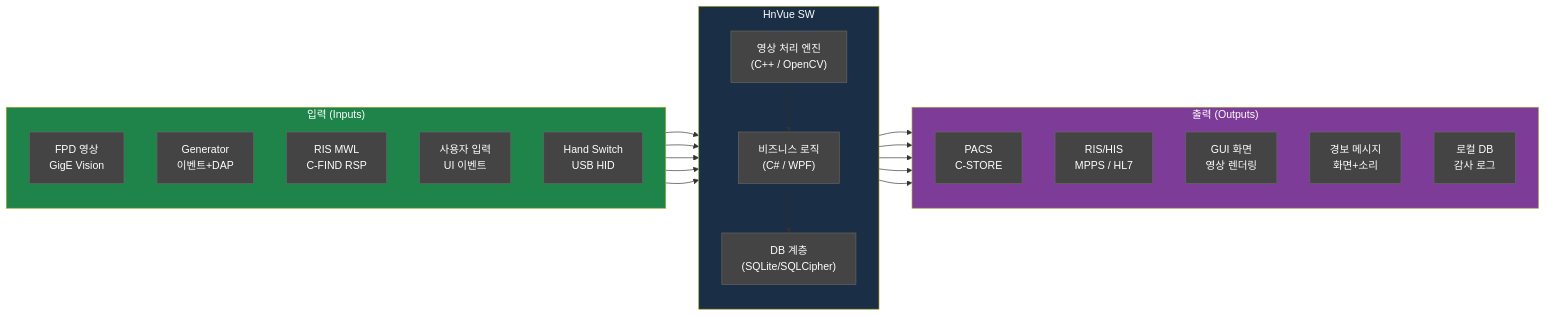
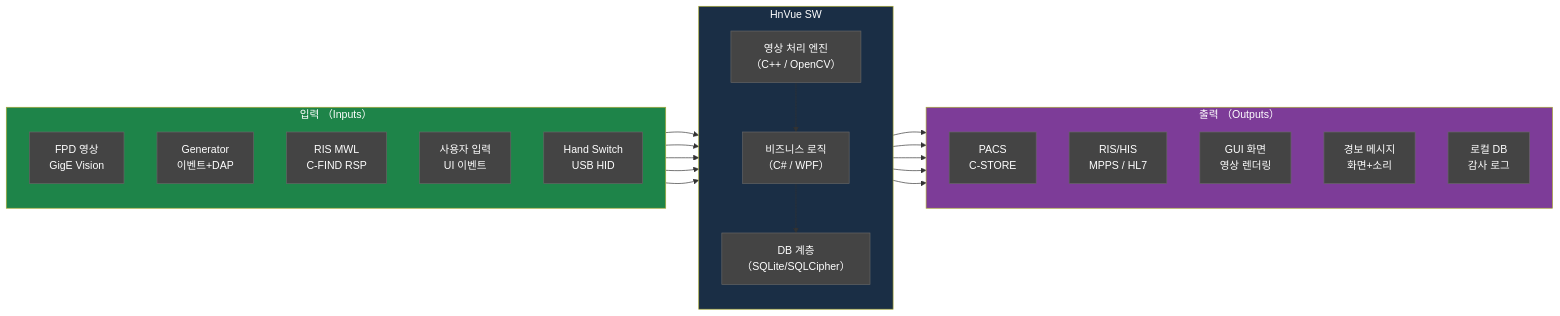
The third of 6 diagrams in docs/planning/DOC-005_SRS_v2.0.md (holee9/console-gui), drawn with Mermaid before and after one commit. The commit also changed other lines of this file and 22 other files, not shown here.

First line of the commit message:
fix: Mermaid flowchart 노드 내 괄호 파싱 오류 전면 수정

````diff
--- a/docs/planning/DOC-005_SRS_v2.0.md
+++ b/docs/planning/DOC-005_SRS_v2.0.md
@@ -434,45 +434,45 @@
 ```mermaid
 flowchart LR
     classDef default fill:#444,stroke:#666,color:#fff
-    subgraph Inputs["입력 (Inputs)"]
+    subgraph Inputs["입력 （Inputs）"]
         direction TB
         I1["FPD 영상\nGigE Vision"]
         I2["Generator\n이벤트+DAP"]
         I3["RIS MWL\nC-FIND RSP"]
         I4["사용자 입력\nUI 이벤트"]
         I5["Hand Switch\nUSB HID"]
     end
 
     subgraph HnVue["HnVue SW"]
         direction TB
-        PROC["영상 처리 엔진\n(C++ / OpenCV)"]
-        BIZ["비즈니스 로직\n(C# / WPF)"]
-        DB_INT["DB 계층\n(SQLite/SQLCipher)"]
+        PROC["영상 처리 엔진\n（C++ / OpenCV）"]
+        BIZ["비즈니스 로직\n（C# / WPF）"]
+        DB_INT["DB 계층\n（SQLite/SQLCipher）"]
     end
 
-    subgraph Outputs["출력 (Outputs)"]
+    subgraph Outputs["출력 （Outputs）"]
         direction TB
         O1["PACS\nC-STORE"]
         O2["RIS/HIS\nMPPS / HL7"]
         O3["GUI 화면\n영상 렌더링"]
         O4["경보 메시지\n화면+소리"]
         O5["로컬 DB\n감사 로그"]
     end
 
     I1 --> PROC
     I2 --> BIZ
     I3 --> BIZ
     I4 --> BIZ
     I5 --> BIZ
     PROC --> BIZ
     BIZ --> DB_INT
     BIZ --> O1
     BIZ --> O2
     BIZ --> O3
     BIZ --> O4
     DB_INT --> O5
 
     style HnVue fill:#1a2e45,color:#fff
     style Inputs fill:#1e8449,color:#fff
     style Outputs fill:#7d3c98,color:#fff
 ```
````
